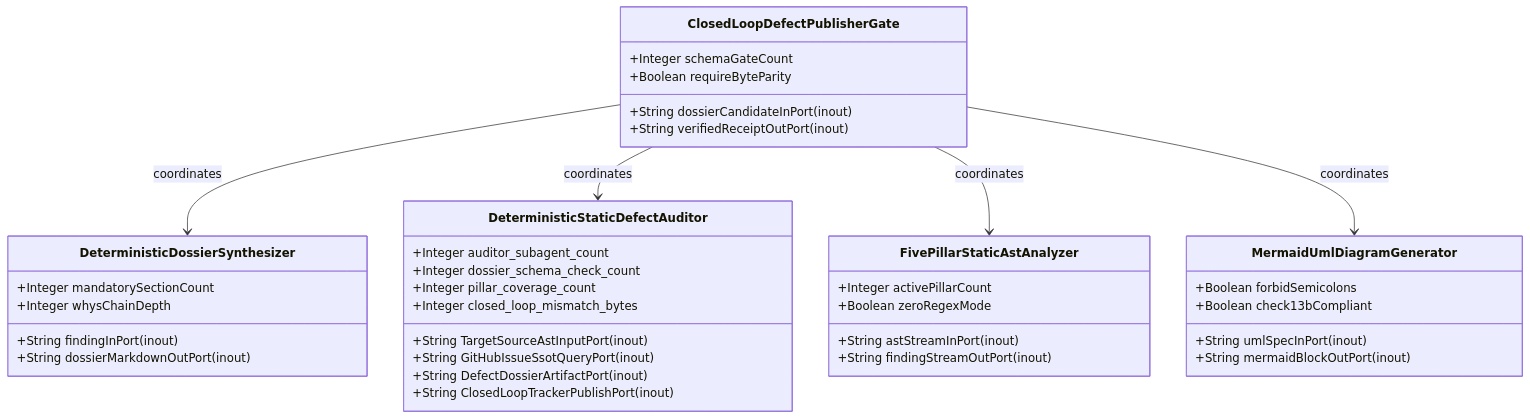
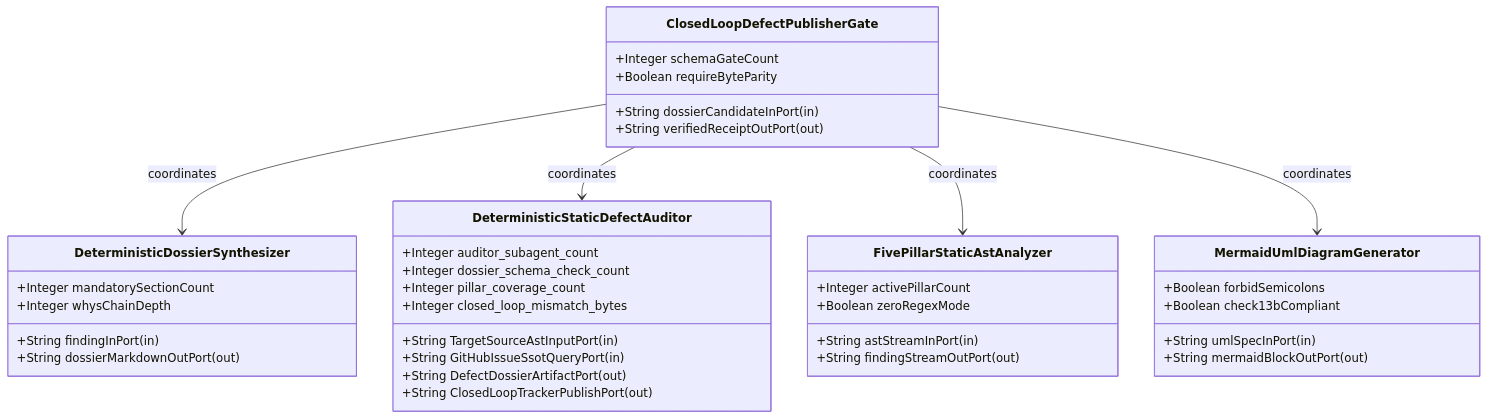
One commit to gintatkinson/DEAP01-spec-core changed the first of 2 diagrams in .pipeline/upstream/docs/epics/EPIC-06-BP_06_Deterministic_Static_5_Pillar_Code_Auditor_and_Defect_Dossier_Synthesizer_Blueprint.md. Above: the diagram before and after it, drawn with Mermaid. The commit also changed other lines of this file and 213 other files, not shown here.

Commit message:
fix(upstream): regenerate blueprint sidecars, upstream dogfood specs, and GitHub backlog (refs #691, #692, #693, #694, #695, #696, #697, #698, #699)

````diff
--- a/.pipeline/upstream/docs/epics/EPIC-06-BP_06_Deterministic_Static_5_Pillar_Code_Auditor_and_Defect_Dossier_Synthesizer_Blueprint.md
+++ b/.pipeline/upstream/docs/epics/EPIC-06-BP_06_Deterministic_Static_5_Pillar_Code_Auditor_and_Defect_Dossier_Synthesizer_Blueprint.md
@@ -66,41 +60,41 @@
 ```mermaid
 classDiagram
     class ClosedLoopDefectPublisherGate {
-        +String dossierCandidateInPort (inout)
-        +String verifiedReceiptOutPort (inout)
+        +String dossierCandidateInPort (in)
+        +String verifiedReceiptOutPort (out)
         +Integer schemaGateCount
         +Boolean requireByteParity
     }
     class DeterministicDossierSynthesizer {
-        +String findingInPort (inout)
-        +String dossierMarkdownOutPort (inout)
+        +String findingInPort (in)
+        +String dossierMarkdownOutPort (out)
         +Integer mandatorySectionCount
         +Integer whysChainDepth
     }
     class DeterministicStaticDefectAuditor {
-        +String TargetSourceAstInputPort (inout)
-        +String GitHubIssueSsotQueryPort (inout)
-        +String DefectDossierArtifactPort (inout)
-        +String ClosedLoopTrackerPublishPort (inout)
+        +String TargetSourceAstInputPort (in)
+        +String GitHubIssueSsotQueryPort (in)
+        +String DefectDossierArtifactPort (out)
+        +String ClosedLoopTrackerPublishPort (out)
         +Integer auditor_subagent_count
         +Integer dossier_schema_check_count
         +Integer pillar_coverage_count
         +Integer closed_loop_mismatch_bytes
     }
     class FivePillarStaticAstAnalyzer {
-        +String astStreamInPort (inout)
-        +String findingStreamOutPort (inout)
+        +String astStreamInPort (in)
+        +String findingStreamOutPort (out)
         +Integer activePillarCount
         +Boolean zeroRegexMode
     }
     class MermaidUmlDiagramGenerator {
-        +String umlSpecInPort (inout)
-        +String mermaidBlockOutPort (inout)
+        +String umlSpecInPort (in)
+        +String mermaidBlockOutPort (out)
         +Boolean forbidSemicolons
         +Boolean check13bCompliant
     }
     ClosedLoopDefectPublisherGate --> DeterministicDossierSynthesizer : coordinates
     ClosedLoopDefectPublisherGate --> DeterministicStaticDefectAuditor : coordinates
     ClosedLoopDefectPublisherGate --> FivePillarStaticAstAnalyzer : coordinates
     ClosedLoopDefectPublisherGate --> MermaidUmlDiagramGenerator : coordinates
 ```
````
